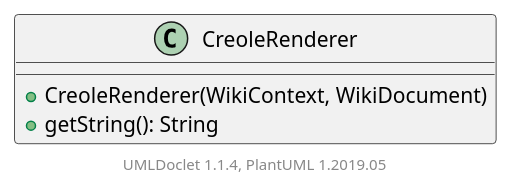
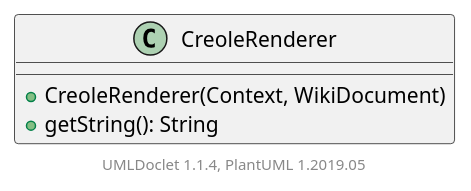
One commit to apache/jspwiki-site changed the diagram in apidocs/2.11.0.M7-SNAPSHOT/org/apache/wiki/render/CreoleRenderer.puml. Above: the diagram before and after it, drawn with PlantUML. The commit also changed 2126 other files, not shown here.

```diff
--- a/apidocs/2.11.0.M7-SNAPSHOT/org/apache/wiki/render/CreoleRenderer.puml
+++ b/apidocs/2.11.0.M7-SNAPSHOT/org/apache/wiki/render/CreoleRenderer.puml
@@ -1,10 +1,10 @@
 @startuml
 
     class CreoleRenderer [[CreoleRenderer.html]] {
-        +CreoleRenderer(WikiContext, WikiDocument)
+        +CreoleRenderer(Context, WikiDocument)
         +getString(): String
     }
 
 
     center footer UMLDoclet 1.1.4, PlantUML 1.2019.05
 @enduml
```
